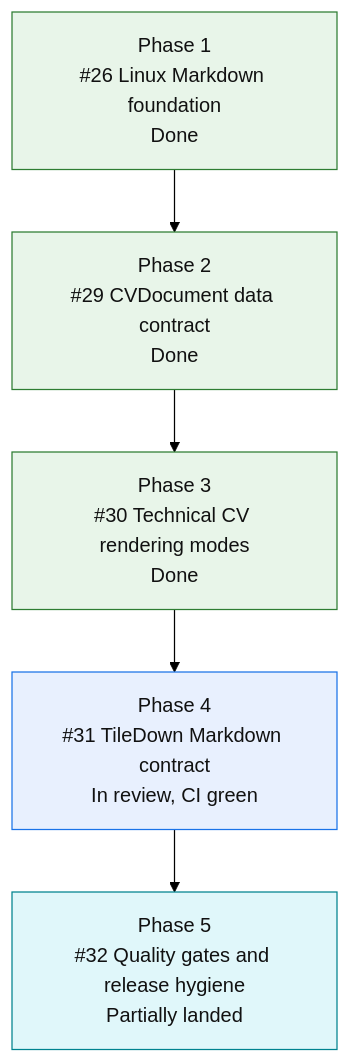
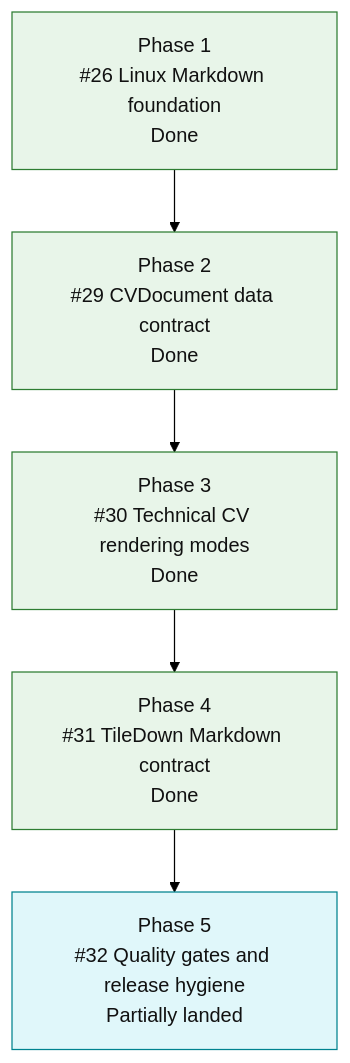
Before and after one commit to mihaelamj/cvbuilder: the diagram in README.md, drawn with Mermaid (forest theme). The commit also changed 1 other file, not shown here.

Commit message:
docs(roadmap): mark tiledown contract done

````diff
--- a/README.md
+++ b/README.md
@@ -150,20 +150,19 @@
 ```mermaid
 flowchart TD
     P1["Phase 1<br/>#26 Linux Markdown foundation<br/>Done"]
     P2["Phase 2<br/>#29 CVDocument data contract<br/>Done"]
     P3["Phase 3<br/>#30 Technical CV rendering modes<br/>Done"]
-    P4["Phase 4<br/>#31 TileDown Markdown contract<br/>In review, CI green"]
+    P4["Phase 4<br/>#31 TileDown Markdown contract<br/>Done"]
     P5["Phase 5<br/>#32 Quality gates and release hygiene<br/>Partially landed"]
 
     P1 --> P2 --> P3 --> P4 --> P5
 
     classDef done fill:#e8f5e9,stroke:#2e7d32,color:#111;
     classDef active fill:#fff3e0,stroke:#ef6c00,color:#111;
     classDef review fill:#e8f0fe,stroke:#1a73e8,color:#111;
     classDef next fill:#fff8e1,stroke:#f9a825,color:#111;
     classDef partial fill:#e0f7fa,stroke:#00838f,color:#111;
     classDef todo fill:#eef3ff,stroke:#3367d6,color:#111;
-    class P1,P2,P3 done;
-    class P4 review;
+    class P1,P2,P3,P4 done;
     class P5 partial;
 ```
````
